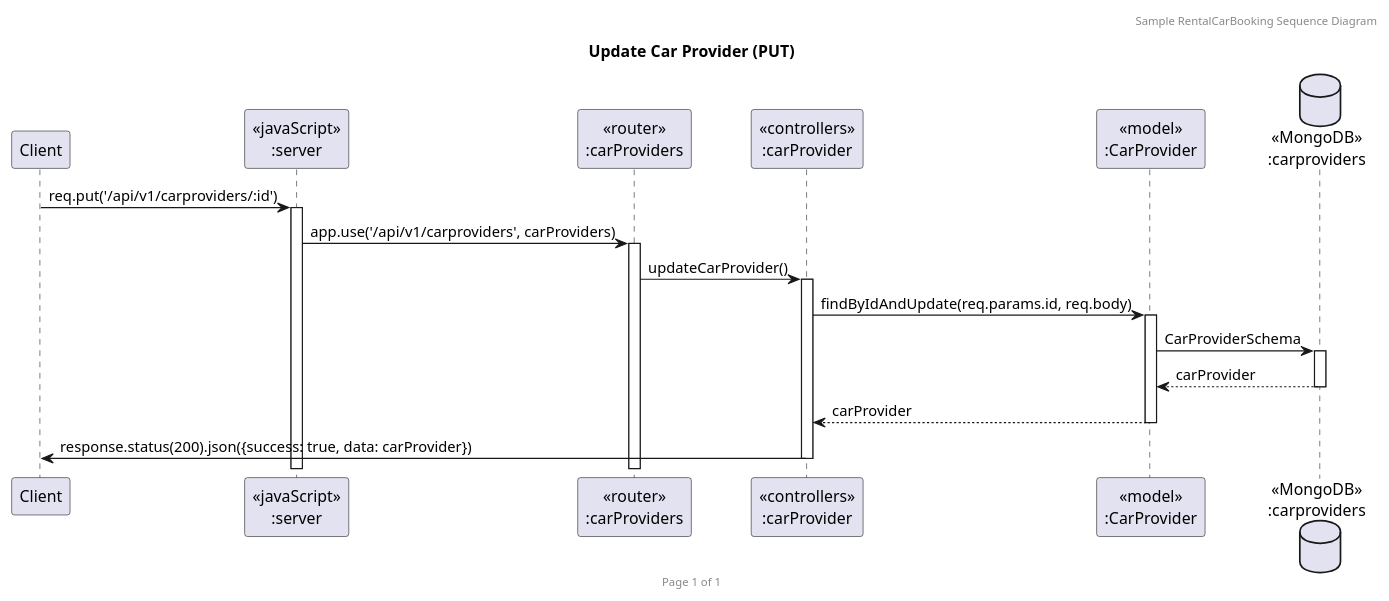
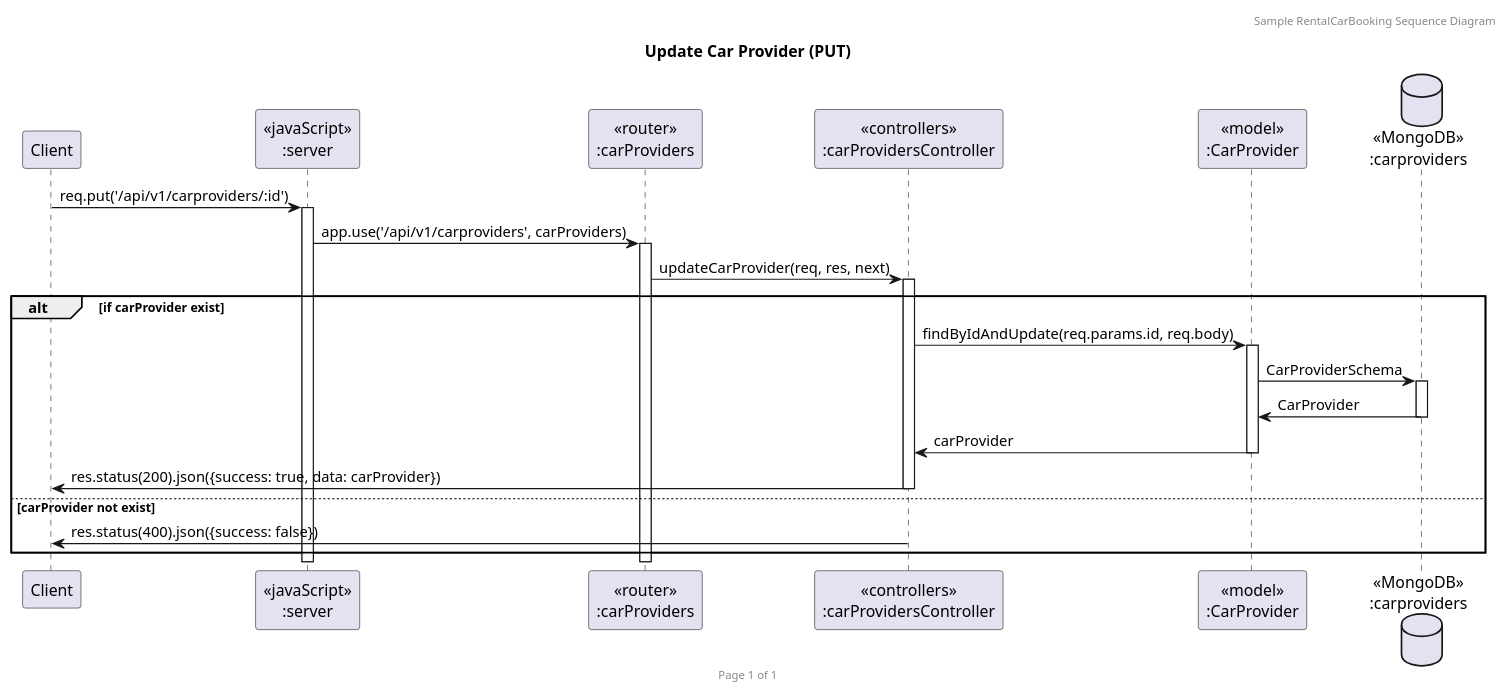
Before and after one commit to 2110503TACEDT66/presentation-day-1-yenkor: the diagram in UML/SequenceDiagram/CarProvider/updateCarProvider.puml, drawn with PlantUML. The commit also changed 4 other files, not shown here.

Commit message:
Modify car provider sequence diagram

```diff
--- a/UML/SequenceDiagram/CarProvider/updateCarProvider.puml
+++ b/UML/SequenceDiagram/CarProvider/updateCarProvider.puml
@@ -1,23 +1,29 @@
 @startuml Update Car Provider (PUT)
 
 header Sample RentalCarBooking Sequence Diagram
 footer Page %page% of %lastpage%
 title "Update Car Provider (PUT)"
 
 participant "Client" as client
 participant "<<javaScript>>\n:server" as server
 participant "<<router>>\n:carProviders" as routerCarProvider
-participant "<<controllers>>\n:carProvider" as controllersCarProvider
+participant "<<controllers>>\n:carProvidersController" as controllersCarProvider
 participant "<<model>>\n:CarProvider" as modelCarProvider
 database "<<MongoDB>>\n:carproviders" as CarProviderDatabase
 
+
 client->server ++:req.put('/api/v1/carproviders/:id')
 server->routerCarProvider ++:app.use('/api/v1/carproviders', carProviders)
-routerCarProvider -> controllersCarProvider ++: updateCarProvider()
-controllersCarProvider->modelCarProvider ++: findByIdAndUpdate(req.params.id, req.body)
-modelCarProvider ->CarProviderDatabase ++: CarProviderSchema
-CarProviderDatabase --> modelCarProvider --: carProvider
-controllersCarProvider <-- modelCarProvider --: carProvider
-controllersCarProvider->client --: response.status(200).json({success: true, data: carProvider})
+routerCarProvider -> controllersCarProvider ++: updateCarProvider(req, res, next)
+
+alt if carProvider exist
+    controllersCarProvider -> modelCarProvider ++ :findByIdAndUpdate(req.params.id, req.body) 
+    modelCarProvider -> CarProviderDatabase ++: CarProviderSchema
+    CarProviderDatabase -> modelCarProvider --: CarProvider
+    controllersCarProvider <- modelCarProvider -- : carProvider
+    client <- controllersCarProvider -- : res.status(200).json({success: true, data: carProvider})
+else carProvider not exist
+    controllersCarProvider -> client --: res.status(400).json({success: false})
+end
 
 @enduml
```
